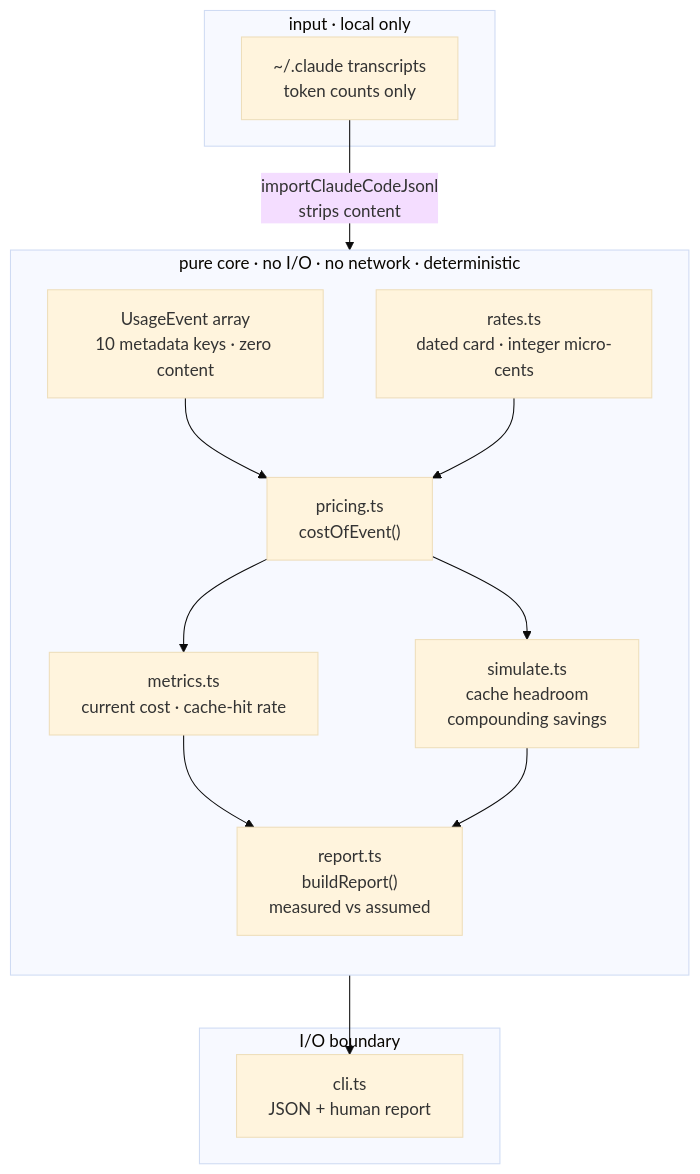
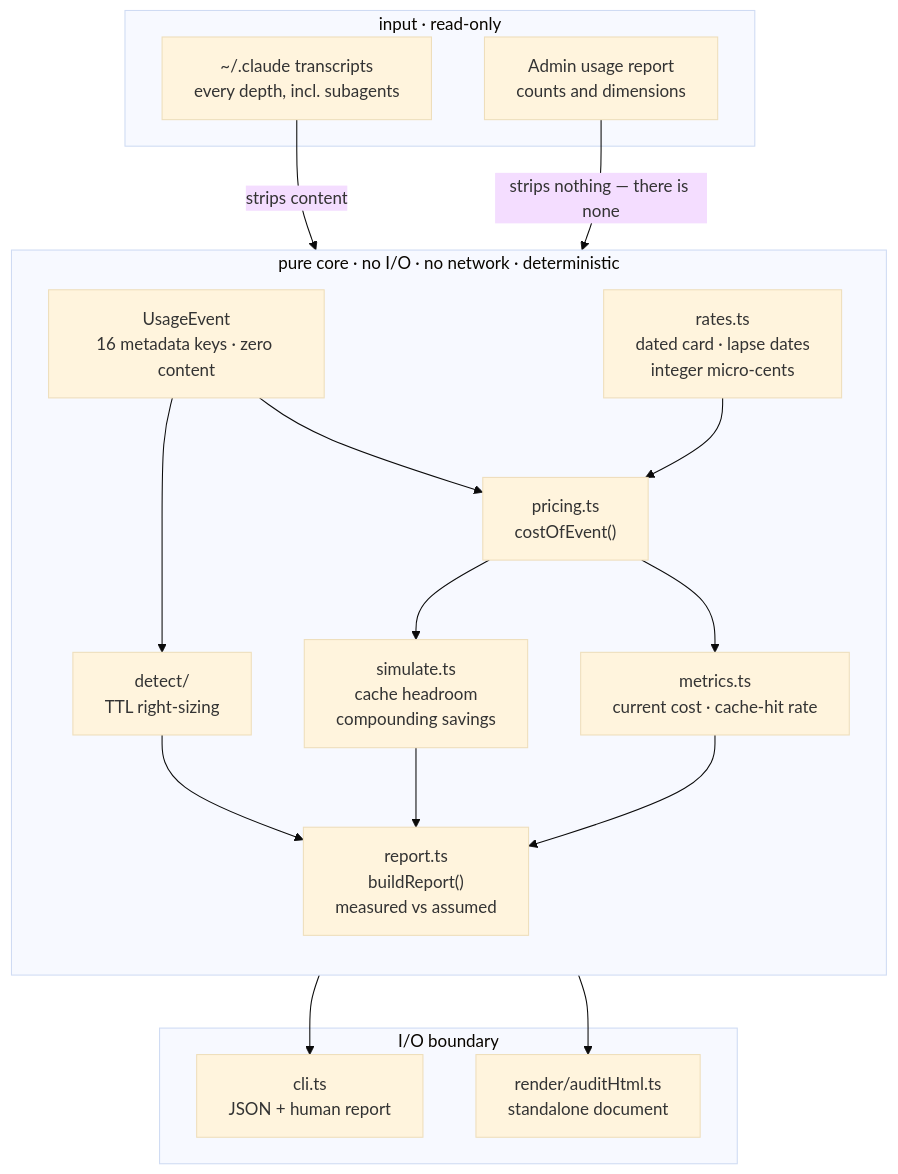
One commit to hangryclaude/token-spread changed the diagram in README.md. Above: the diagram before and after it, drawn with Mermaid (base theme). The commit also changed other lines of this file and 3 other files, not shown here.

````diff
--- a/README.md
+++ b/README.md
@@ -24,26 +114,33 @@
 ```mermaid
 flowchart TD
-    subgraph input["input · local only"]
-        T["~/.claude transcripts<br/>token counts only"]
+    subgraph input["input · read-only"]
+        T["~/.claude transcripts<br/>every depth, incl. subagents"]
+        A["Admin usage report<br/>counts and dimensions"]
     end
     subgraph pure["pure core · no I/O · no network · deterministic"]
         direction TB
-        E["UsageEvent array<br/>10 metadata keys · zero content"]
-        RC["rates.ts<br/>dated card · integer micro-cents"]
+        E["UsageEvent<br/>16 metadata keys · zero content"]
+        RC["rates.ts<br/>dated card · lapse dates<br/>integer micro-cents"]
         P["pricing.ts<br/>costOfEvent()"]
         M["metrics.ts<br/>current cost · cache-hit rate"]
         S["simulate.ts<br/>cache headroom<br/>compounding savings"]
+        D["detect/<br/>TTL right-sizing"]
         R["report.ts<br/>buildReport()<br/>measured vs assumed"]
     end
     subgraph io["I/O boundary"]
         C["cli.ts<br/>JSON + human report"]
+        H["render/auditHtml.ts<br/>standalone document"]
     end
-    T -->|"importClaudeCodeJsonl<br/>strips content"| E
+    T -->|"strips content"| E
+    A -->|"strips nothing — there is none"| E
     E --> P
     RC --> P
     P --> M
     P --> S
+    E --> D
     M --> R
     S --> R
+    D --> R
     R --> C
+    R --> H
 ```
````
